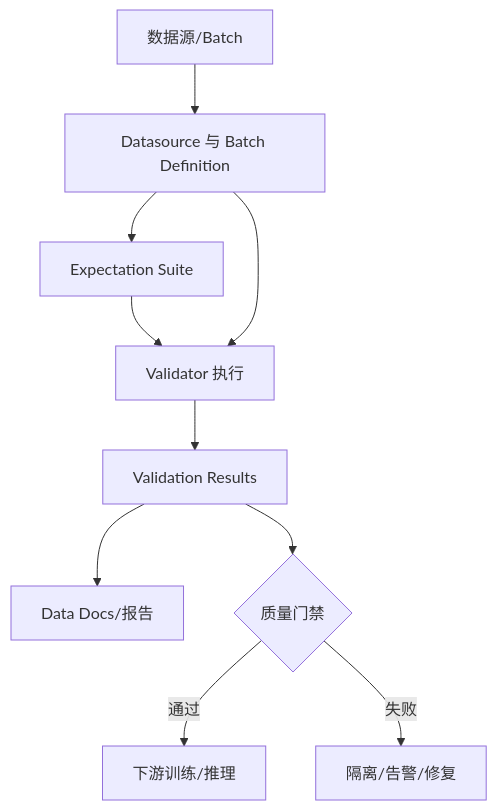
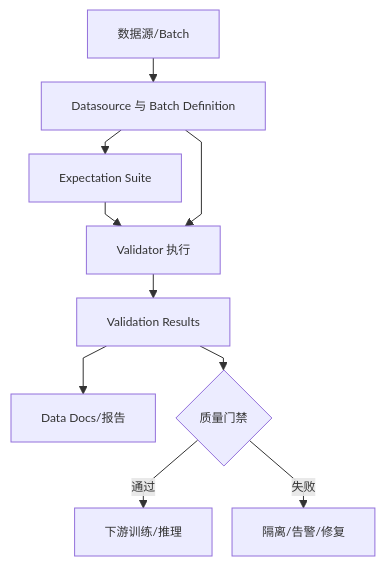
The eighth of 10 diagrams in 2026/2026-10-05_2026-10-11/06_Other.md (JiangXiangAi/git_weekly_news), drawn with Mermaid before and after one commit. The commit also changed other lines of this file, not shown here.

Commit message:
Replace reading instructions with project judgement, unify diagram layout, and link terms to Google

````diff
--- a/2026/2026-10-05_2026-10-11/06_Other.md
+++ b/2026/2026-10-05_2026-10-11/06_Other.md
@@ -176,12 +183,13 @@
 ```mermaid
+%%{init: {"flowchart": {"useMaxWidth": true, "nodeSpacing": 20, "rankSpacing": 24, "curve": "linear"}, "themeVariables": {"fontSize": "12px"}}}%%
 flowchart TD
   A[数据源/Batch] --> B[Datasource 与 Batch Definition]
   B --> C[Expectation Suite]
   C --> D[Validator 执行]
   B --> D
   D --> E[Validation Results]
   E --> F[Data Docs/报告]
   E --> G{质量门禁}
   G -->|通过| H[下游训练/推理]
   G -->|失败| I[隔离/告警/修复]
 ```
````
